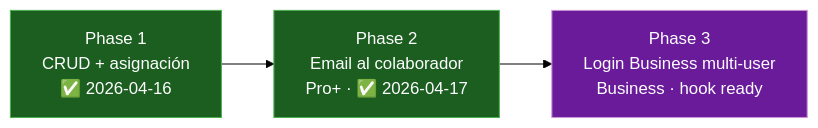
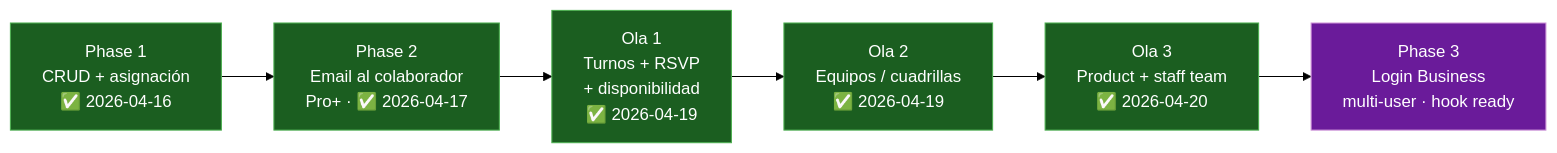
The diagram in obsidian/Solennix/PRD/17_PERSONAL_TRACKER.md (tiagofur/solennix), drawn with Mermaid (forest theme) before and after one commit. The commit also changed other lines of this file and 23 other files, not shown here.

````diff
--- a/obsidian/Solennix/PRD/17_PERSONAL_TRACKER.md
+++ b/obsidian/Solennix/PRD/17_PERSONAL_TRACKER.md
@@ -48,12 +66,18 @@
 ```mermaid
 flowchart LR
     P1[Phase 1<br/>CRUD + asignación<br/>✅ 2026-04-16]
     P2[Phase 2<br/>Email al colaborador<br/>Pro+ · ✅ 2026-04-17]
-    P3[Phase 3<br/>Login Business multi-user<br/>Business · hook ready]
+    O1[Ola 1<br/>Turnos + RSVP<br/>+ disponibilidad<br/>✅ 2026-04-19]
+    O2[Ola 2<br/>Equipos / cuadrillas<br/>✅ 2026-04-19]
+    O3[Ola 3<br/>Product + staff team<br/>✅ 2026-04-20]
+    P3[Phase 3<br/>Login Business<br/>multi-user · hook ready]
 
-    P1 --> P2 --> P3
+    P1 --> P2 --> O1 --> O2 --> O3 --> P3
 
     style P1 fill:#1B5E20,stroke:#4CAF50,color:#fff
     style P2 fill:#1B5E20,stroke:#4CAF50,color:#fff
+    style O1 fill:#1B5E20,stroke:#4CAF50,color:#fff
+    style O2 fill:#1B5E20,stroke:#4CAF50,color:#fff
+    style O3 fill:#1B5E20,stroke:#4CAF50,color:#fff
     style P3 fill:#6A1B9A,stroke:#CE93D8,color:#fff
 ```
````
